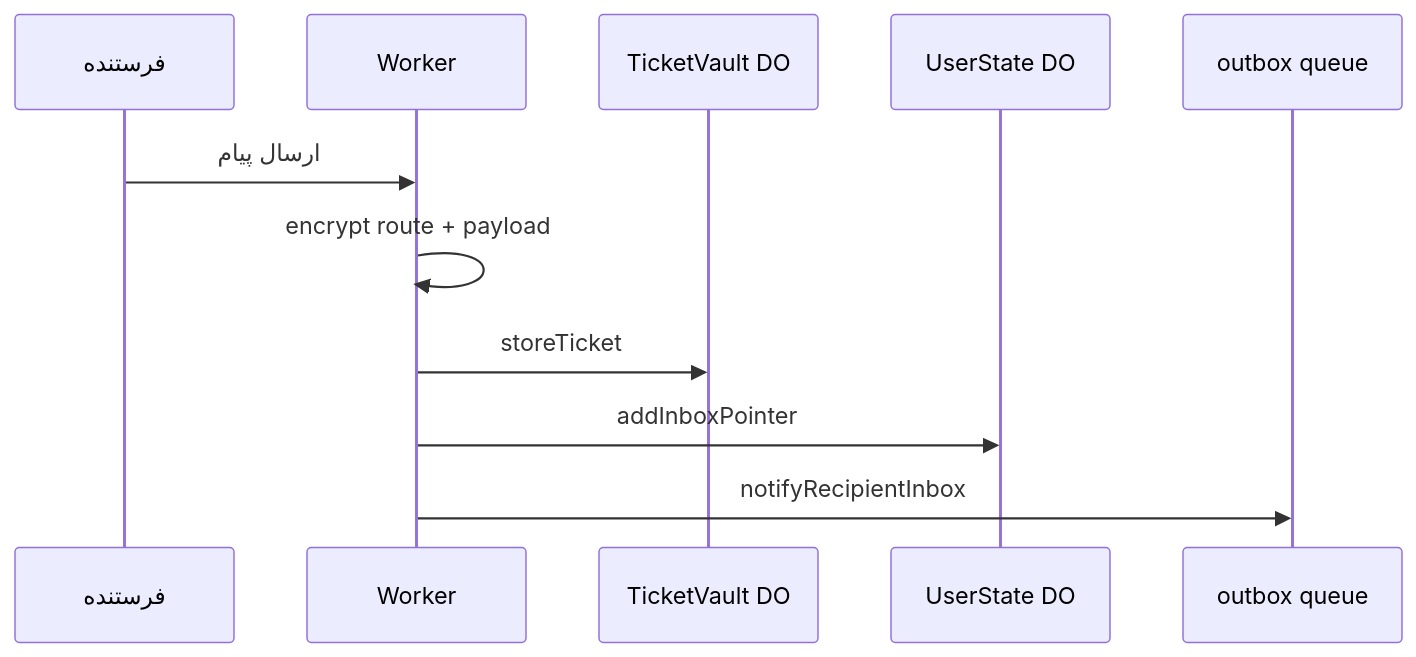
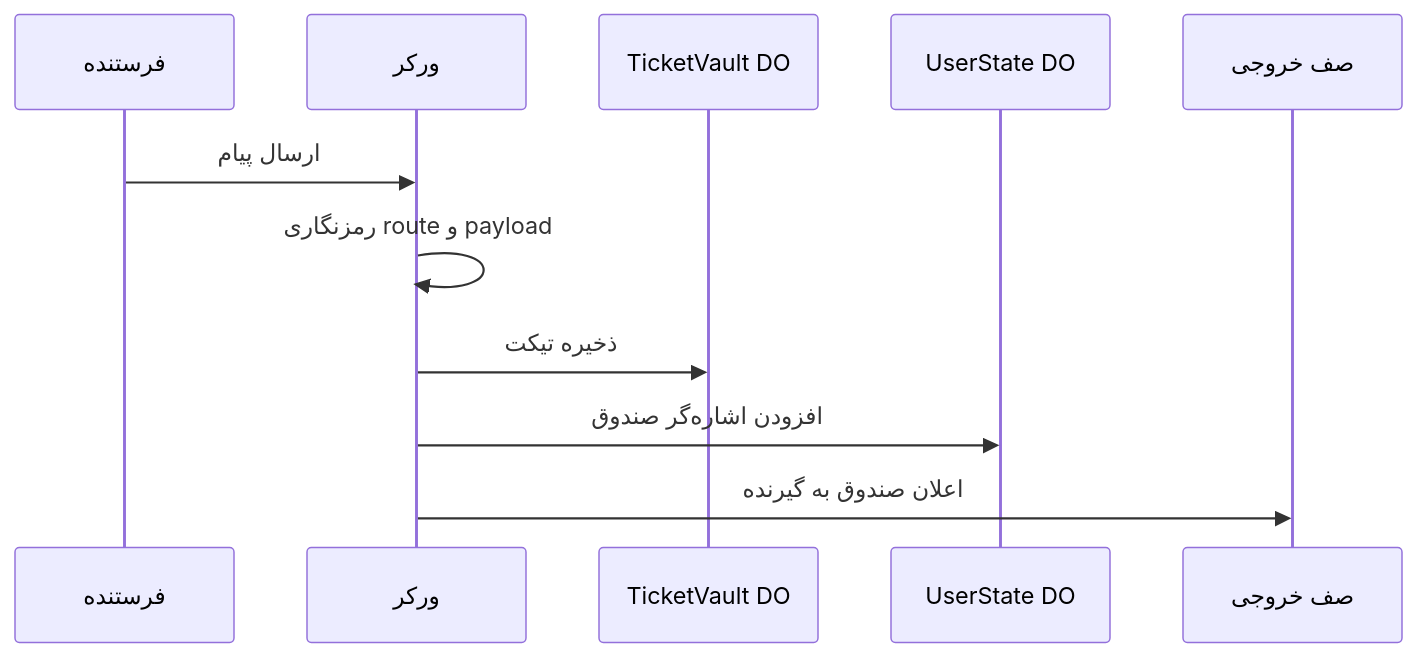
Before and after one commit to mohetios/mohetios.dev: the third of 10 diagrams in content/fa/lab/nekonymous-anonymous-messaging-technical-lab.md, drawn with Mermaid. The commit also changed other lines of this file and 8 other files, not shown here.

````diff
--- a/content/fa/lab/nekonymous-anonymous-messaging-technical-lab.md
+++ b/content/fa/lab/nekonymous-anonymous-messaging-technical-lab.md
@@ -188,14 +188,14 @@
 ```mermaid
 sequenceDiagram
   participant S as فرستنده
-  participant W as Worker
+  participant W as ورکر
   participant V as TicketVault DO
   participant U as UserState DO
-  participant Q as outbox queue
+  participant Q as صف خروجی
 
   S->>W: ارسال پیام
-  W->>W: encrypt route + payload
-  W->>V: storeTicket
-  W->>U: addInboxPointer
-  W->>Q: notifyRecipientInbox
+  W->>W: رمزنگاری route و payload
+  W->>V: ذخیره تیکت
+  W->>U: افزودن اشاره‌گر صندوق
+  W->>Q: اعلان صندوق به گیرنده
 ```
````
